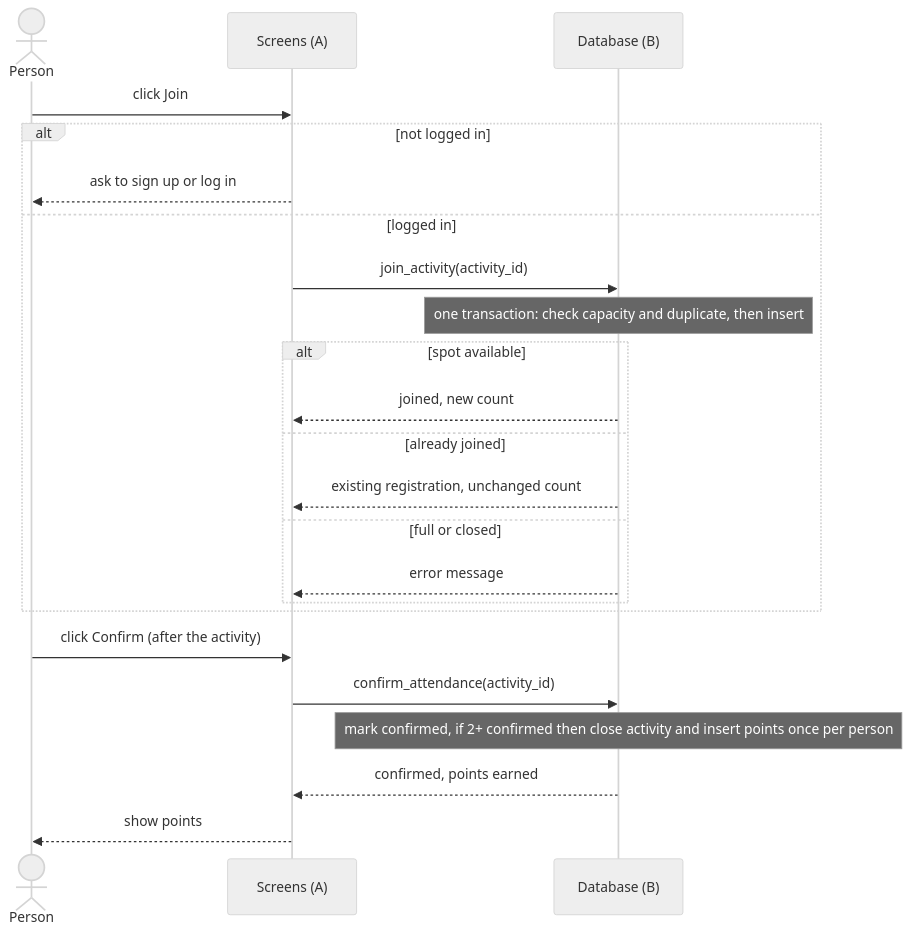
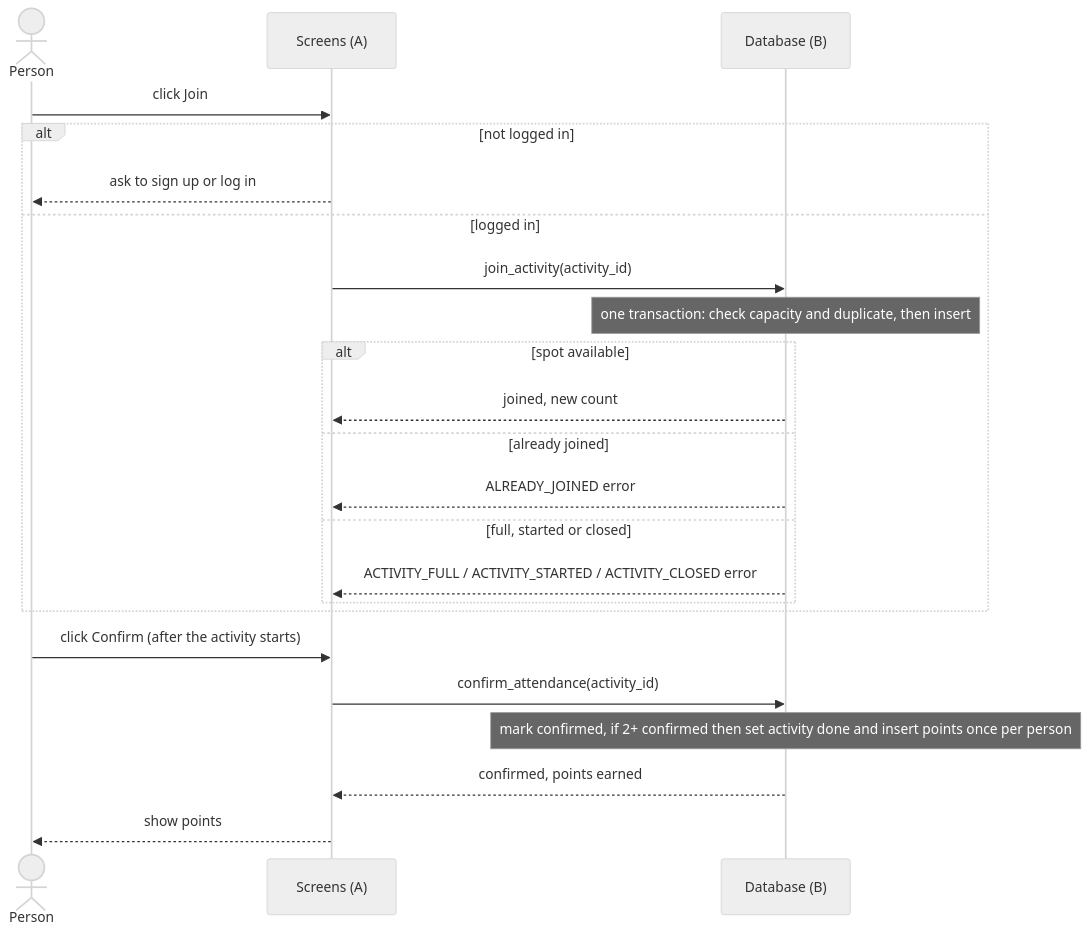
One commit to ElRifeno34/outside-together-codejam changed the fourth of 7 diagrams in PlanOff.md. Above: the diagram before and after it, drawn with Mermaid (neutral theme). The commit also changed other lines of this file and 3 other files, not shown here.

````diff
--- a/PlanOff.md
+++ b/PlanOff.md
@@ -206,27 +228,27 @@
 ```mermaid
 sequenceDiagram
     actor P as Person
     participant UI as Screens (A)
     participant DB as Database (B)
 
     P->>UI: click Join
     alt not logged in
         UI-->>P: ask to sign up or log in
     else logged in
         UI->>DB: join_activity(activity_id)
         Note over DB: one transaction: check capacity and duplicate, then insert
         alt spot available
             DB-->>UI: joined, new count
         else already joined
-            DB-->>UI: existing registration, unchanged count
-        else full or closed
-            DB-->>UI: error message
+            DB-->>UI: ALREADY_JOINED error
+        else full, started or closed
+            DB-->>UI: ACTIVITY_FULL / ACTIVITY_STARTED / ACTIVITY_CLOSED error
         end
     end
 
-    P->>UI: click Confirm (after the activity)
+    P->>UI: click Confirm (after the activity starts)
     UI->>DB: confirm_attendance(activity_id)
-    Note over DB: mark confirmed, if 2+ confirmed then close activity and insert points once per person
+    Note over DB: mark confirmed, if 2+ confirmed then set activity done and insert points once per person
     DB-->>UI: confirmed, points earned
     UI-->>P: show points
 ```
````
